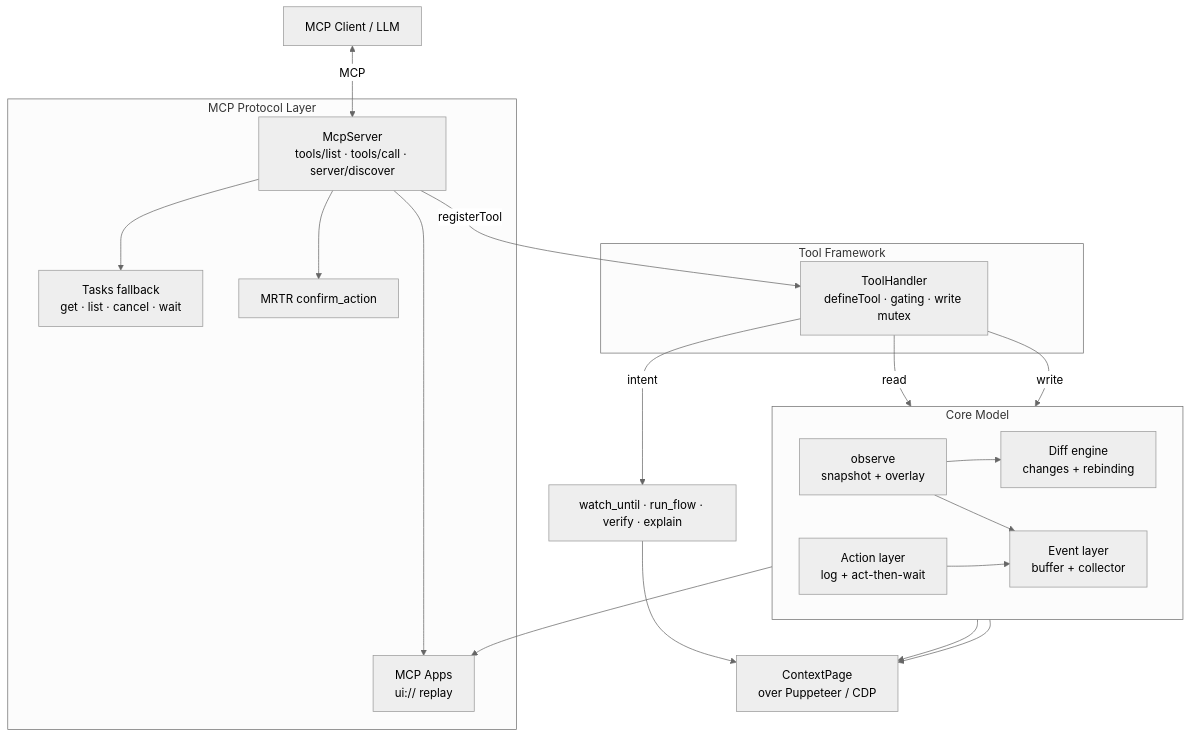
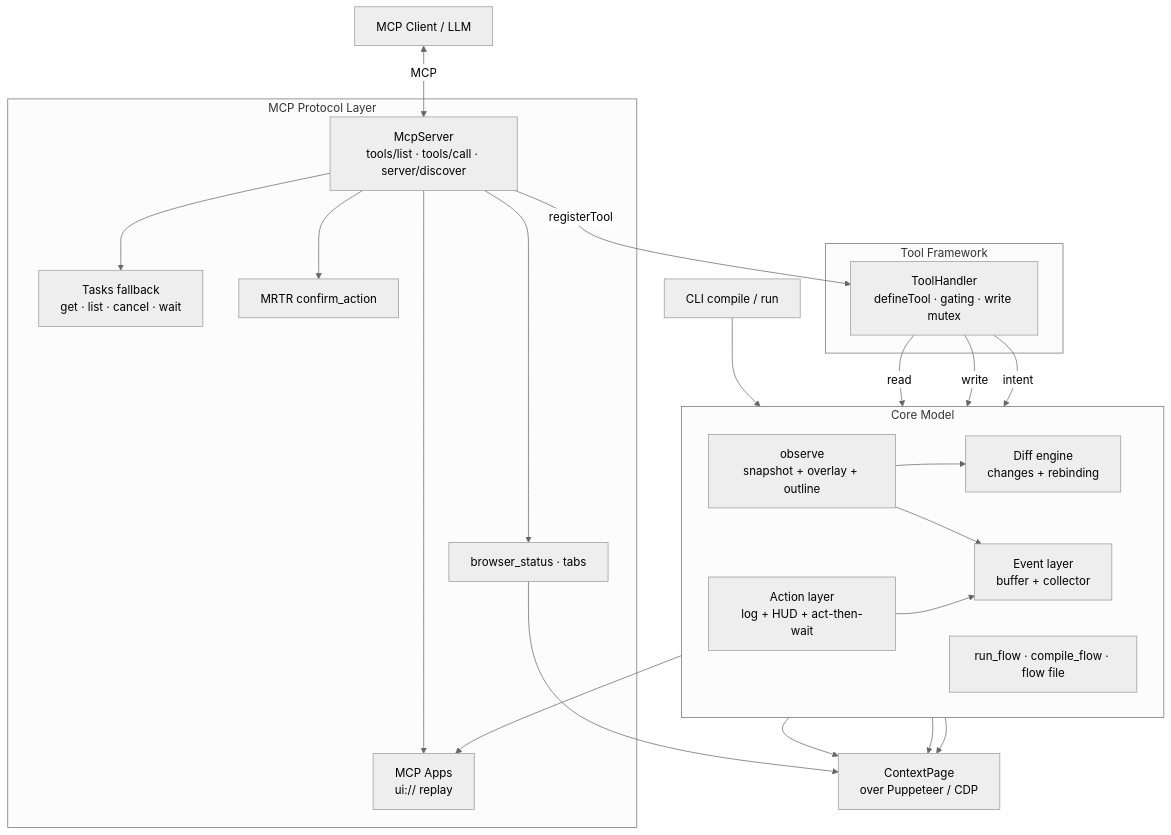
The first of 2 diagrams in README.md (PremierStudio/BrowserAgent), drawn with Mermaid (neutral theme) before and after one commit. The commit also changed other lines of this file and 87 other files, not shown here.

First line of the commit message:
Land headed desk, named flows, and a no-AI CLI runner.

````diff
--- a/README.md
+++ b/README.md
@@ -64,41 +69,47 @@
 ```mermaid
 flowchart TB
     Client[MCP Client / LLM]
+    Cli[CLI compile / run]
 
     subgraph Protocol["MCP Protocol Layer"]
         Server[McpServer<br/>tools/list · tools/call · server/discover]
         Tasks[Tasks fallback<br/>get · list · cancel · wait]
         Apps[MCP Apps<br/>ui:// replay]
         Mrtr[MRTR confirm_action]
+        Desk[browser_status · tabs]
     end
 
     subgraph Framework["Tool Framework"]
         Handler[ToolHandler<br/>defineTool · gating · write mutex]
     end
 
     subgraph Core["Core Model"]
         direction LR
-        Observe[observe<br/>snapshot + overlay]
+        Observe[observe<br/>snapshot + overlay + outline]
         Diff[Diff engine<br/>changes + rebinding]
         Events[Event layer<br/>buffer + collector]
-        Actions[Action layer<br/>log + act-then-wait]
+        Actions[Action layer<br/>log + HUD + act-then-wait]
+        Flow[run_flow · compile_flow · flow file]
     end
 
     Browser[ContextPage<br/>over Puppeteer / CDP]
 
     Client <-->|MCP| Server
+    Cli --> Flow
     Server --> Tasks
     Server --> Apps
     Server --> Mrtr
+    Server --> Desk
     Server -->|registerTool| Handler
     Handler -->|read| Observe
     Handler -->|write| Actions
-    Handler -->|intent| Intent[watch_until · run_flow · verify · explain]
+    Handler -->|intent| Flow
     Observe --> Diff
     Observe --> Events
     Actions --> Events
     Actions --> Apps
     Observe --> Browser
     Actions --> Browser
-    Intent --> Browser
+    Flow --> Browser
+    Desk --> Browser
 ```
````
